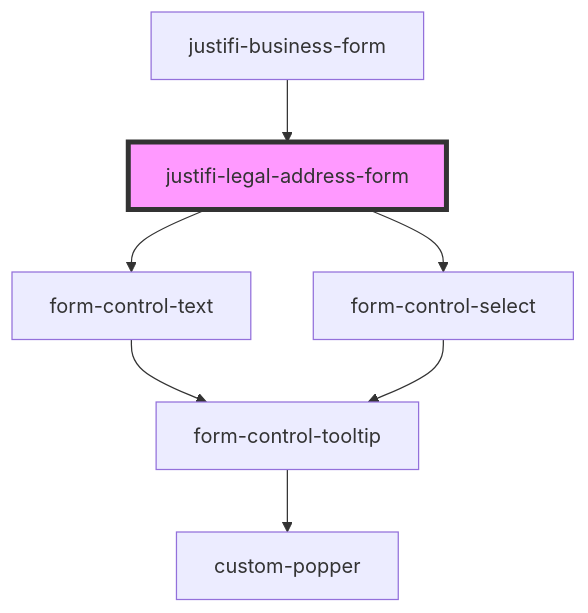
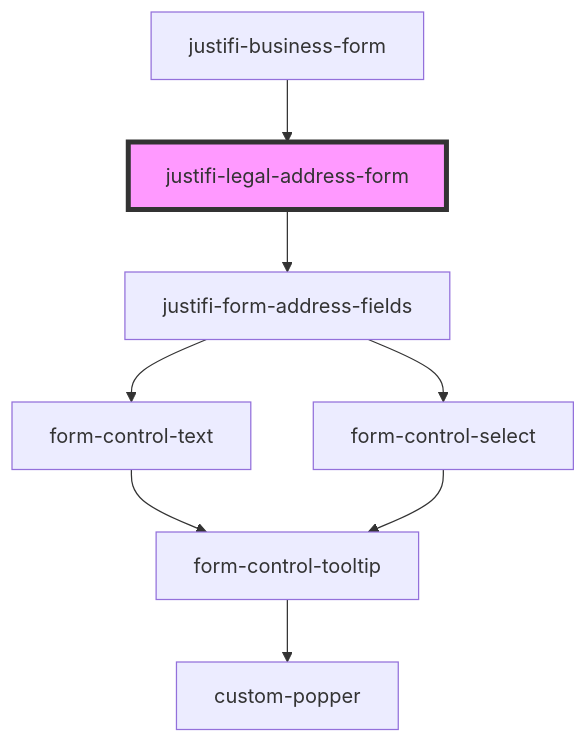
Before and after one commit to justifi-tech/web-component-library: the diagram in packages/webcomponents/src/components/business-forms/business-form/legal-address-form/readme.md, drawn with Mermaid. The commit also changed other lines of this file and 7 other files, not shown here.

First line of the commit message:
refactor(business-forms): update address form dependencies to use justifi-form-address-fields

````diff
--- a/packages/webcomponents/src/components/business-forms/business-form/legal-address-form/readme.md
+++ b/packages/webcomponents/src/components/business-forms/business-form/legal-address-form/readme.md
@@ -27,10 +27,11 @@
 ```mermaid
 graph TD;
-  justifi-legal-address-form --> form-control-text
-  justifi-legal-address-form --> form-control-select
+  justifi-legal-address-form --> justifi-form-address-fields
+  justifi-form-address-fields --> form-control-text
+  justifi-form-address-fields --> form-control-select
   form-control-text --> form-control-tooltip
   form-control-tooltip --> custom-popper
   form-control-select --> form-control-tooltip
   justifi-business-form --> justifi-legal-address-form
   style justifi-legal-address-form fill:#f9f,stroke:#333,stroke-width:4px
 ```
````
